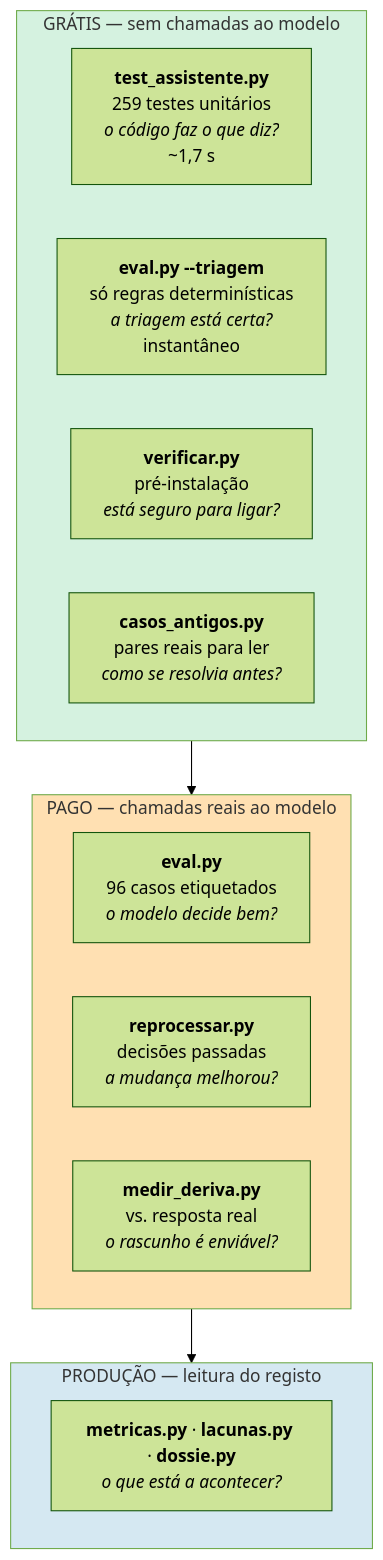
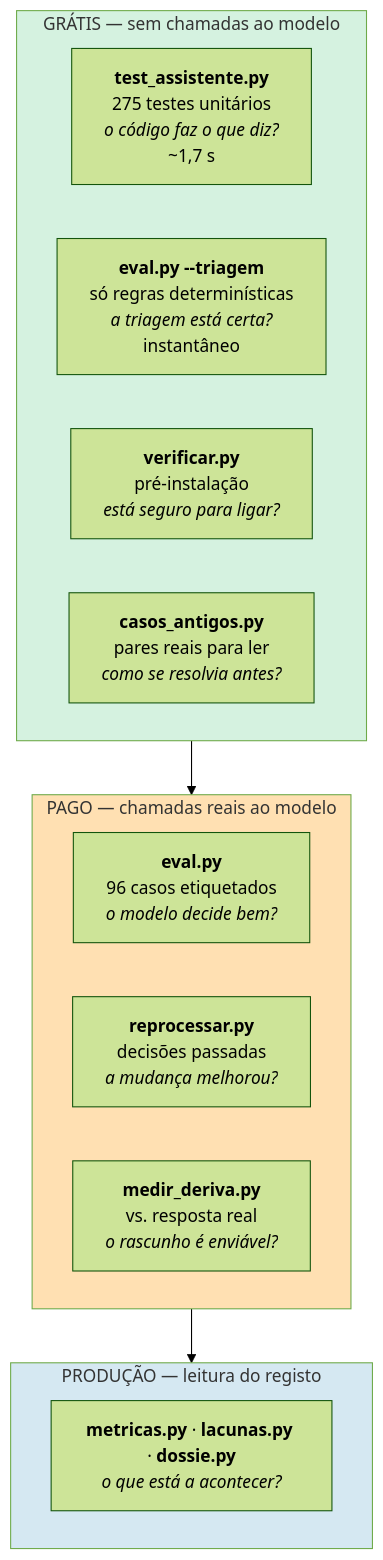
Before and after one commit to joaocarvalhini/Outlook-Reply-Assistant: the first of 3 diagrams in docs/05-reliability/qa.md, drawn with Mermaid (forest theme). The commit also changed other lines of this file and 21 other files, not shown here.

````diff
--- a/docs/05-reliability/qa.md
+++ b/docs/05-reliability/qa.md
@@ -19,22 +19,22 @@
 ```mermaid
 flowchart TB
     subgraph G["GRÁTIS — sem chamadas ao modelo"]
-        T1["<b>test_assistente.py</b><br/>259 testes unitários<br/><i>o código faz o que diz?</i><br/>~1,7 s"]
+        T1["<b>test_assistente.py</b><br/>275 testes unitários<br/><i>o código faz o que diz?</i><br/>~1,7 s"]
         T2["<b>eval.py --triagem</b><br/>só regras determinísticas<br/><i>a triagem está certa?</i><br/>instantâneo"]
         T3["<b>verificar.py</b><br/>pré-instalação<br/><i>está seguro para ligar?</i>"]
         T4["<b>casos_antigos.py</b><br/>pares reais para ler<br/><i>como se resolvia antes?</i>"]
     end
     subgraph P["PAGO — chamadas reais ao modelo"]
         T5["<b>eval.py</b><br/>96 casos etiquetados<br/><i>o modelo decide bem?</i>"]
         T6["<b>reprocessar.py</b><br/>decisões passadas<br/><i>a mudança melhorou?</i>"]
         T7["<b>medir_deriva.py</b><br/>vs. resposta real<br/><i>o rascunho é enviável?</i>"]
     end
     subgraph PR["PRODUÇÃO — leitura do registo"]
         T8["<b>metricas.py</b> · <b>lacunas.py</b> · <b>dossie.py</b><br/><i>o que está a acontecer?</i>"]
     end
 
     G --> P --> PR
     style G fill:#d5f2e0
     style P fill:#ffe0b2
     style PR fill:#d5e8f2
 ```
````
